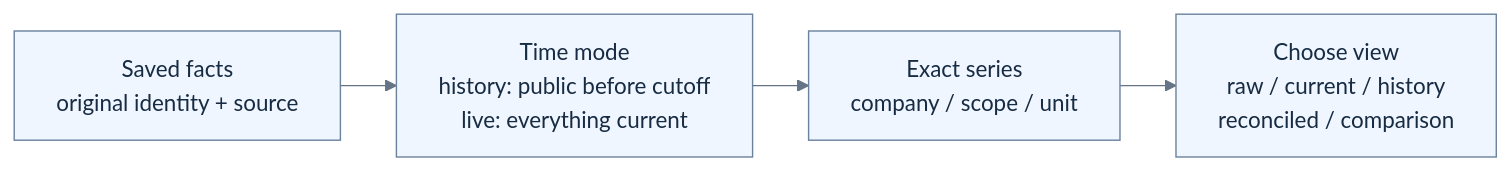
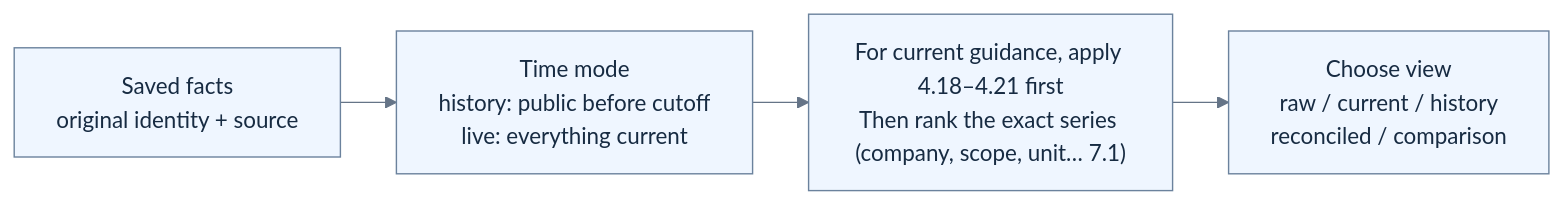
One commit to faisalanjum/EventTrader changed diagram 15 of 15 in .claude/plans/Drivers/DriversFinal/DRIVER_RULES.md. Above: the diagram before and after it, drawn with Mermaid. The commit also changed other lines of this file, not shown here.

````diff
--- a/.claude/plans/Drivers/DriversFinal/DRIVER_RULES.md
+++ b/.claude/plans/Drivers/DriversFinal/DRIVER_RULES.md
@@ -362,11 +360,11 @@
 ```mermaid
 %%{init: {"theme":"base","flowchart":{"curve":"linear","nodeSpacing":25,"rankSpacing":40,"htmlLabels":true},"themeVariables":{"fontFamily":"Arial","fontSize":"16px","lineColor":"#657487","edgeLabelBackground":"#ffffff"}}}%%
 flowchart LR
     saved["Saved facts<br/>original identity + source"]
     cutoff["Time mode<br/>history: public before cutoff<br/>live: everything current"]
-    series["Exact series<br/>company / scope / unit"]
+    series["For current guidance, apply 4.18–4.21 first<br/>Then rank the exact series (company, scope, unit… 7.1)"]
     view["Choose view<br/>raw / current / history<br/>reconciled / comparison"]
     saved --> cutoff --> series --> view
     classDef step fill:#eff6ff,stroke:#6b829d,color:#172b42
     class saved,cutoff,series,view step
 ```
````
